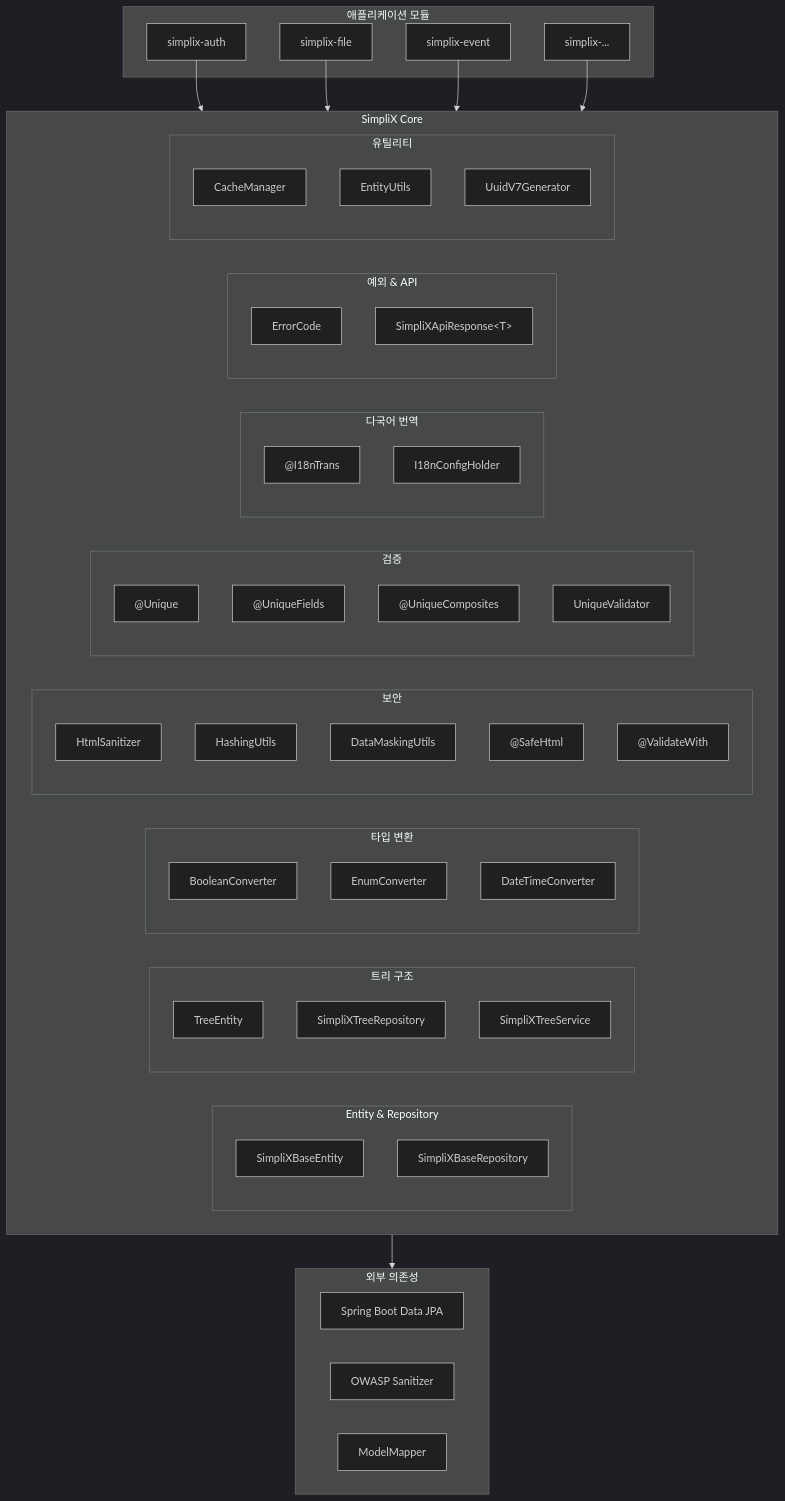
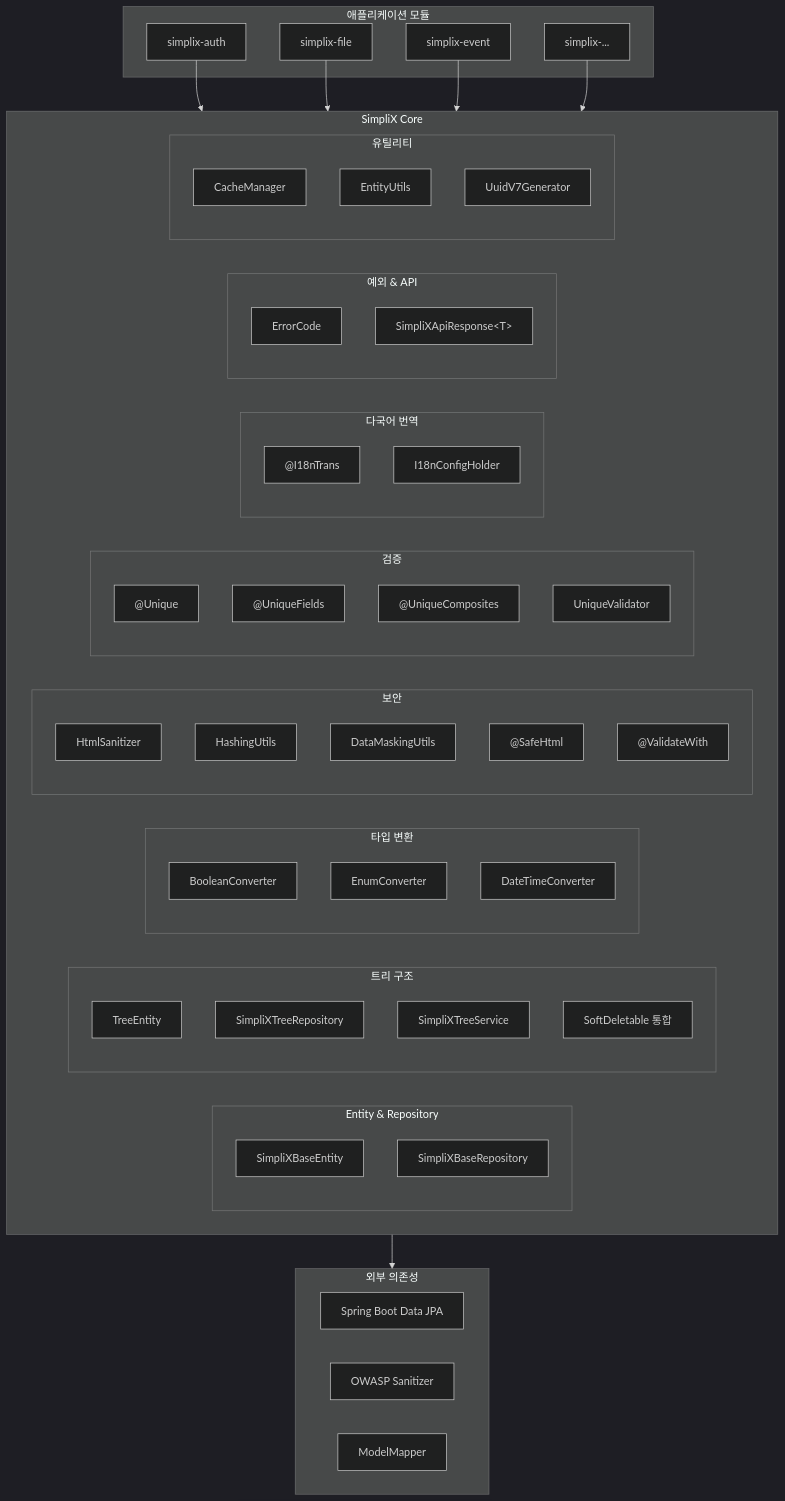
Before and after one commit to simplecore-inc/simplix: the first of 2 diagrams in simplix-core/docs/ko/overview.md, drawn with Mermaid (dark theme). The commit also changed other lines of this file and 9 other files, not shown here.

````diff
--- a/simplix-core/docs/ko/overview.md
+++ b/simplix-core/docs/ko/overview.md
@@ -5,71 +5,72 @@
 ```mermaid
 flowchart TB
     subgraph 애플리케이션_모듈["애플리케이션 모듈"]
         AUTH[simplix-auth]
         FILE[simplix-file]
         EVENT[simplix-event]
         OTHER[simplix-...]
     end
 
     subgraph CORE["SimpliX Core"]
         subgraph ENTITY["Entity & Repository"]
             E1[SimpliXBaseEntity]
             E2[SimpliXBaseRepository]
         end
 
         subgraph TREE["트리 구조"]
             T1[TreeEntity]
             T2[SimpliXTreeRepository]
             T3[SimpliXTreeService]
+            T4["SoftDeletable 통합"]
         end
 
         subgraph CONVERT["타입 변환"]
             C1[BooleanConverter]
             C2[EnumConverter]
             C3[DateTimeConverter]
         end
 
         subgraph SECURITY["보안"]
             S1[HtmlSanitizer]
             S2[HashingUtils]
             S3[DataMaskingUtils]
             S4["@SafeHtml"]
             S5["@ValidateWith"]
         end
 
         subgraph VALIDATION["검증"]
             V1["@Unique"]
             V2["@UniqueFields"]
             V3["@UniqueComposites"]
             V4[UniqueValidator]
         end
 
         subgraph I18N["다국어 번역"]
             I1["@I18nTrans"]
             I2[I18nConfigHolder]
         end
 
         subgraph EXCEPTION["예외 & API"]
             X1[ErrorCode]
             X2["SimpliXApiResponse&lt;T&gt;"]
         end
 
         subgraph UTIL["유틸리티"]
             U1[CacheManager]
             U2[EntityUtils]
             U3[UuidV7Generator]
         end
     end
 
     subgraph DEPS["외부 의존성"]
         D1[Spring Boot Data JPA]
         D2[OWASP Sanitizer]
         D3[ModelMapper]
     end
 
     AUTH --> CORE
     FILE --> CORE
     EVENT --> CORE
     OTHER --> CORE
     CORE --> DEPS
 ```
````
